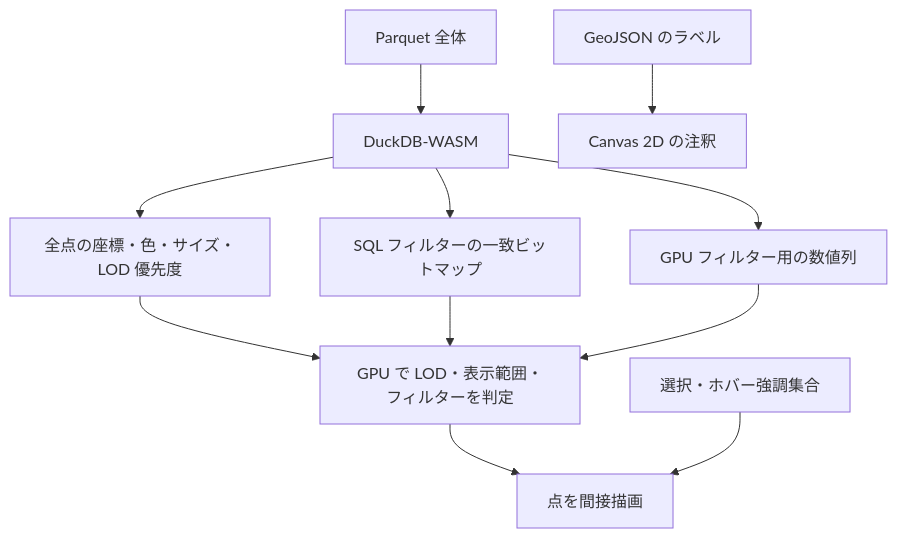
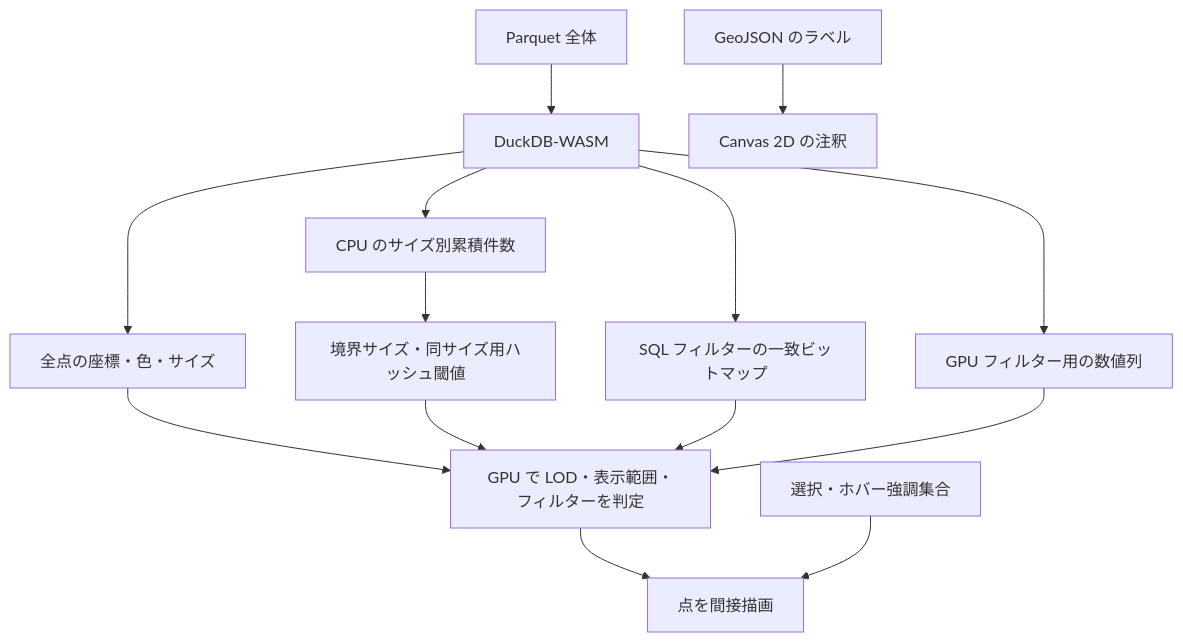
The diagram in docs/architecture.md (UoA-CSS-Lab/duckscatter), drawn with Mermaid before and after one commit. The commit also changed other lines of this file and 7 other files, not shown here.

````diff
--- a/docs/architecture.md
+++ b/docs/architecture.md
@@ -15,13 +15,16 @@
 ```mermaid
 flowchart TD
     P[Parquet 全体] --> D[DuckDB-WASM]
-    D --> A[全点の座標・色・サイズ・LOD 優先度]
+    D --> A[全点の座標・色・サイズ]
+    D --> C[CPU のサイズ別累積件数]
     D --> W[SQL フィルターの一致ビットマップ]
     D --> N[GPU フィルター用の数値列]
     A --> G[GPU で LOD・表示範囲・フィルターを判定]
+    C --> B[境界サイズ・同サイズ用ハッシュ閾値]
+    B --> G
     W --> G
     N --> G
     G --> R[点を間接描画]
     S[選択・ホバー強調集合] --> R
     J[GeoJSON のラベル] --> L[Canvas 2D の注釈]
 ```
````
